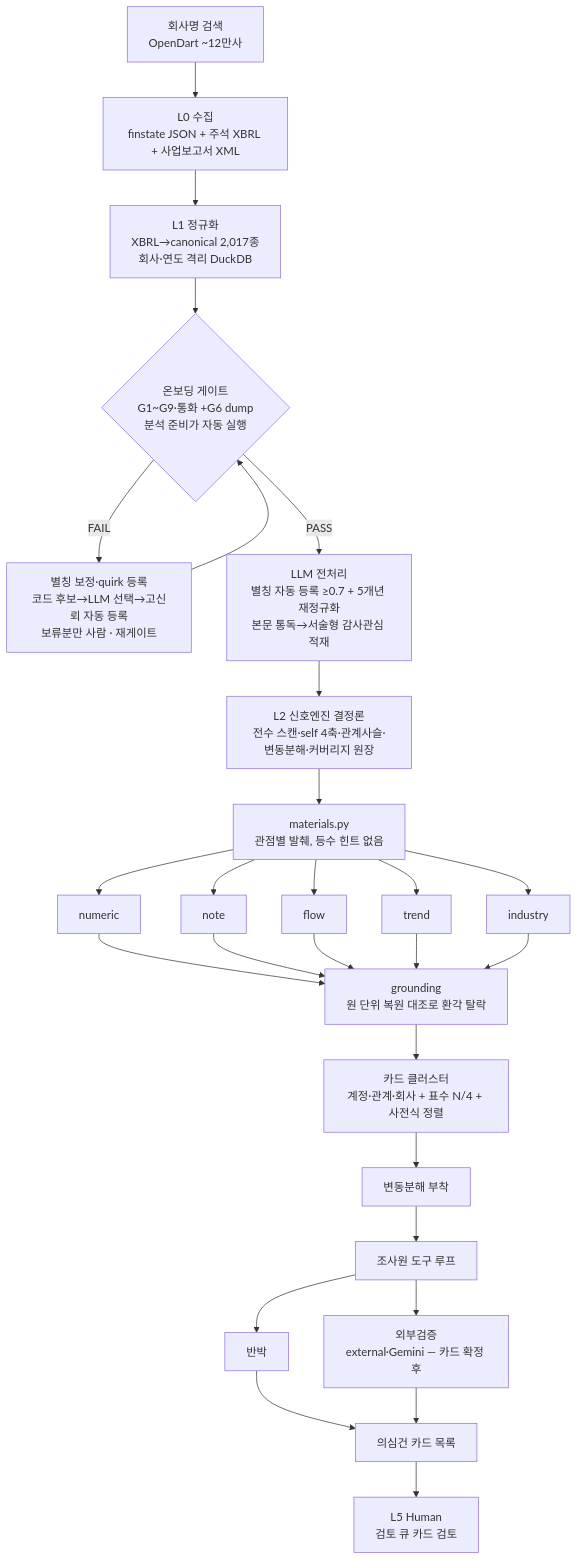
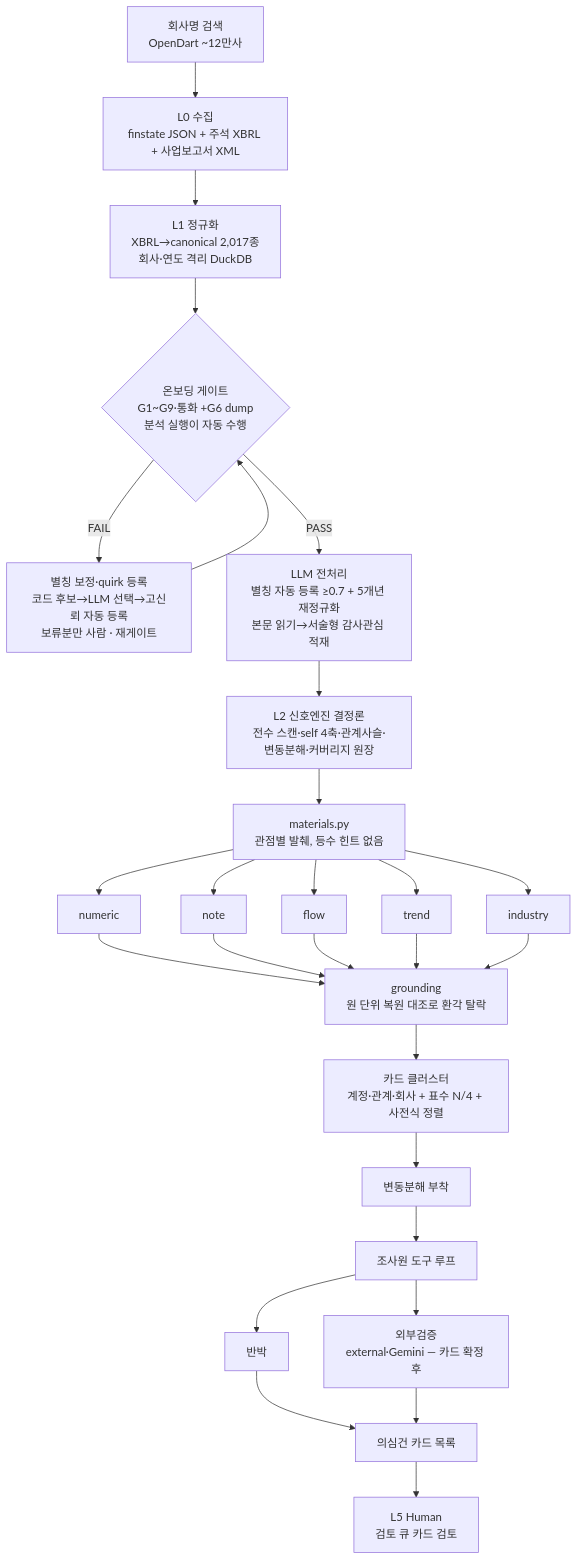
Before and after one commit to ghdtjrgns321-creator/fs-multi-analyzer: the diagram in FINAL-REPORT/2_PIPELINE.md, drawn with Mermaid. The commit also changed other lines of this file and 8 other files, not shown here.

````diff
--- a/FINAL-REPORT/2_PIPELINE.md
+++ b/FINAL-REPORT/2_PIPELINE.md
@@ -5,24 +5,24 @@
 ```mermaid
 flowchart TD
     A[회사명 검색<br/>OpenDart ~12만사] --> B[L0 수집<br/>finstate JSON + 주석 XBRL + 사업보고서 XML]
     B --> C[L1 정규화<br/>XBRL→canonical 2,017종<br/>회사·연도 격리 DuckDB]
-    C --> G{온보딩 게이트<br/>G1~G9·통화 +G6 dump<br/>분석 준비가 자동 실행}
+    C --> G{온보딩 게이트<br/>G1~G9·통화 +G6 dump<br/>분석 실행이 자동 수행}
     G -->|FAIL| Q[별칭 보정·quirk 등록<br/>코드 후보→LLM 선택→고신뢰 자동 등록<br/>보류분만 사람 · 재게이트]
     Q --> G
-    G -->|PASS| OB[LLM 전처리<br/>별칭 자동 등록 ≥0.7 + 5개년 재정규화<br/>본문 통독→서술형 감사관심 적재]
+    G -->|PASS| OB[LLM 전처리<br/>별칭 자동 등록 ≥0.7 + 5개년 재정규화<br/>본문 읽기→서술형 감사관심 적재]
     OB --> S[L2 신호엔진 결정론<br/>전수 스캔·self 4축·관계사슬·변동분해·커버리지 원장]
     S --> M[materials.py<br/>관점별 발췌, 등수 힌트 없음]
     M --> P1[numeric]
     M --> P2[note]
     M --> P3[flow]
     M --> P4[trend]
     M --> P5[industry]
     P1 & P2 & P3 & P4 & P5 --> GR[grounding<br/>원 단위 복원 대조로 환각 탈락]
     GR --> CB[카드 클러스터<br/>계정·관계·회사 + 표수 N/4 + 사전식 정렬]
     CB --> DEC[변동분해 부착]
     DEC --> INV[조사원 도구 루프]
     INV --> RB[반박]
     INV --> EV[외부검증<br/>external·Gemini — 카드 확정 후]
     RB & EV --> CARD[의심건 카드 목록]
     CARD --> H[L5 Human<br/>검토 큐 카드 검토]
 ```
````
